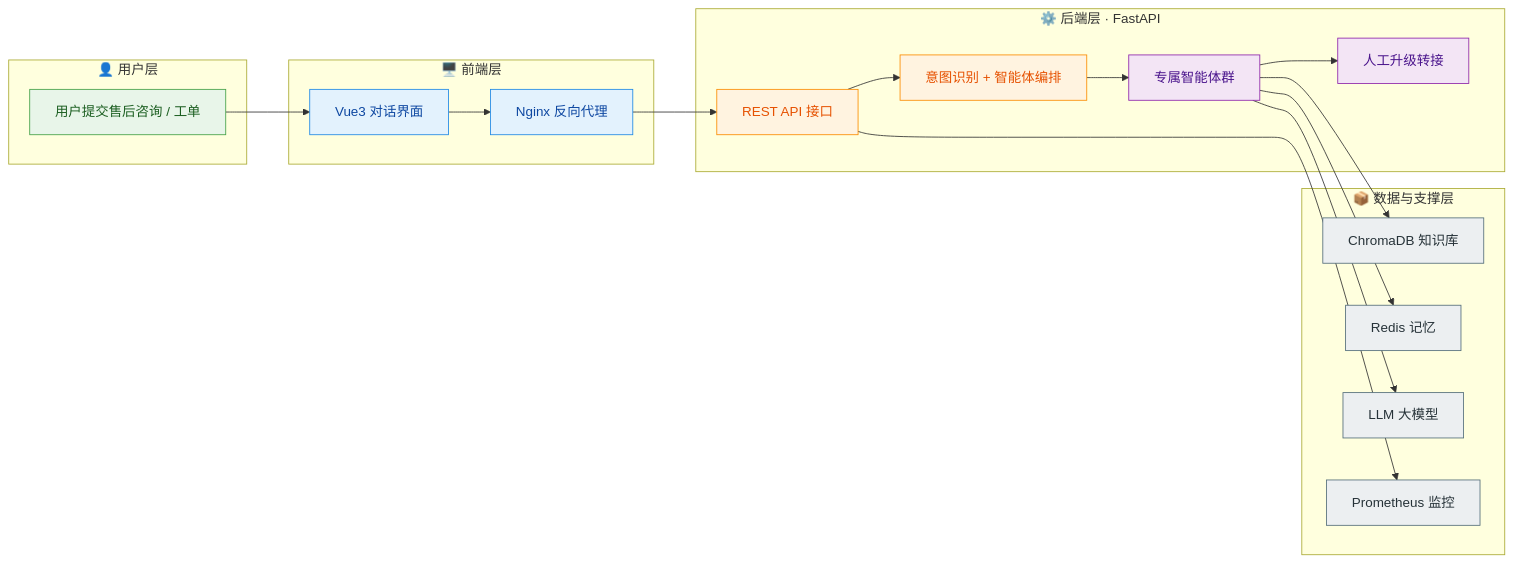
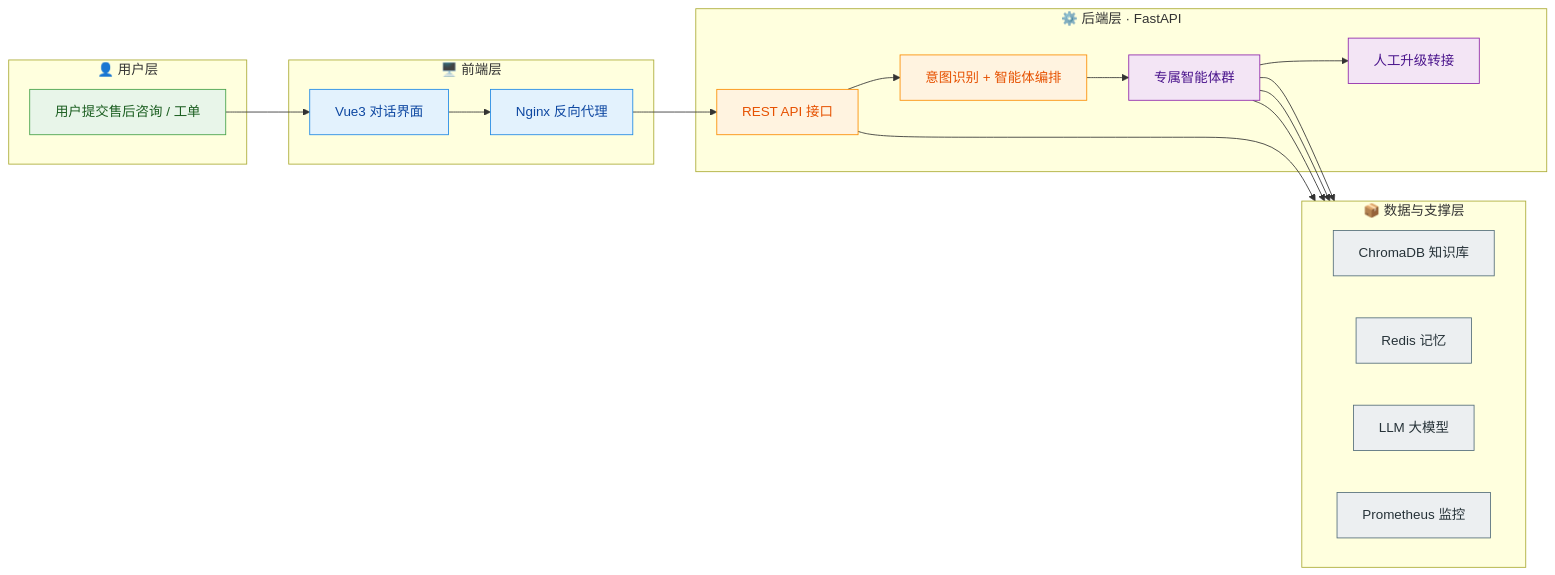
The diagram in README.md (caoying-1026/After-sales-Work-Order-Distribution-System-Based-on-Multi-Agent), drawn with Mermaid before and after one commit.

Commit message:
docs: 架构图数据层改为横向布局

````diff
--- a/README.md
+++ b/README.md
@@ -23,47 +23,48 @@
 ```mermaid
 flowchart LR
     subgraph U["👤 用户层"]
         U1["用户提交售后咨询 / 工单"]
     end
 
     subgraph FE["🖥️ 前端层"]
         F1["Vue3 对话界面"]
         F2["Nginx 反向代理"]
     end
 
     subgraph BE["⚙️ 后端层 · FastAPI"]
         API["REST API 接口"]
         ORCH["意图识别 + 智能体编排"]
         AGENTS["专属智能体群"]
         ESC["人工升级转接"]
     end
 
     subgraph DS["📦 数据与支撑层"]
+        direction LR
         KB["ChromaDB 知识库"]
         MEM["Redis 记忆"]
         LLM["LLM 大模型"]
         MON["Prometheus 监控"]
     end
 
     U1 --> F1
     F1 --> F2
     F2 --> API
     API --> ORCH
     ORCH --> AGENTS
     AGENTS --> ESC
     AGENTS --> KB
     AGENTS --> MEM
     AGENTS --> LLM
     API --> MON
 
     classDef user fill:#e8f5e9,stroke:#43a047,color:#1b5e20
     classDef front fill:#e3f2fd,stroke:#1e88e5,color:#0d47a1
     classDef api fill:#fff3e0,stroke:#fb8c00,color:#e65100
     classDef agent fill:#f3e5f5,stroke:#8e24aa,color:#4a148c
     classDef infra fill:#eceff1,stroke:#546e7a,color:#263238
     class U1 user
     class F1,F2 front
     class API,ORCH api
     class AGENTS,ESC agent
     class KB,MEM,LLM,MON infra
 ```
````
